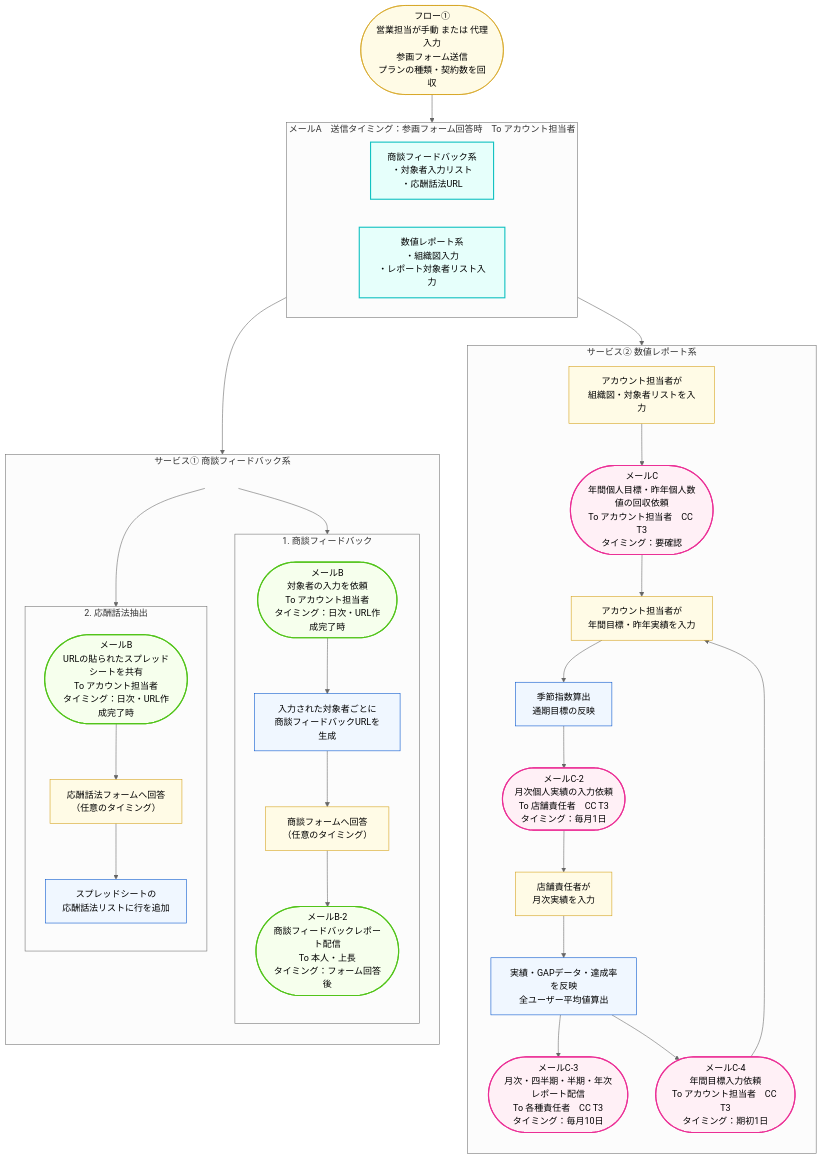
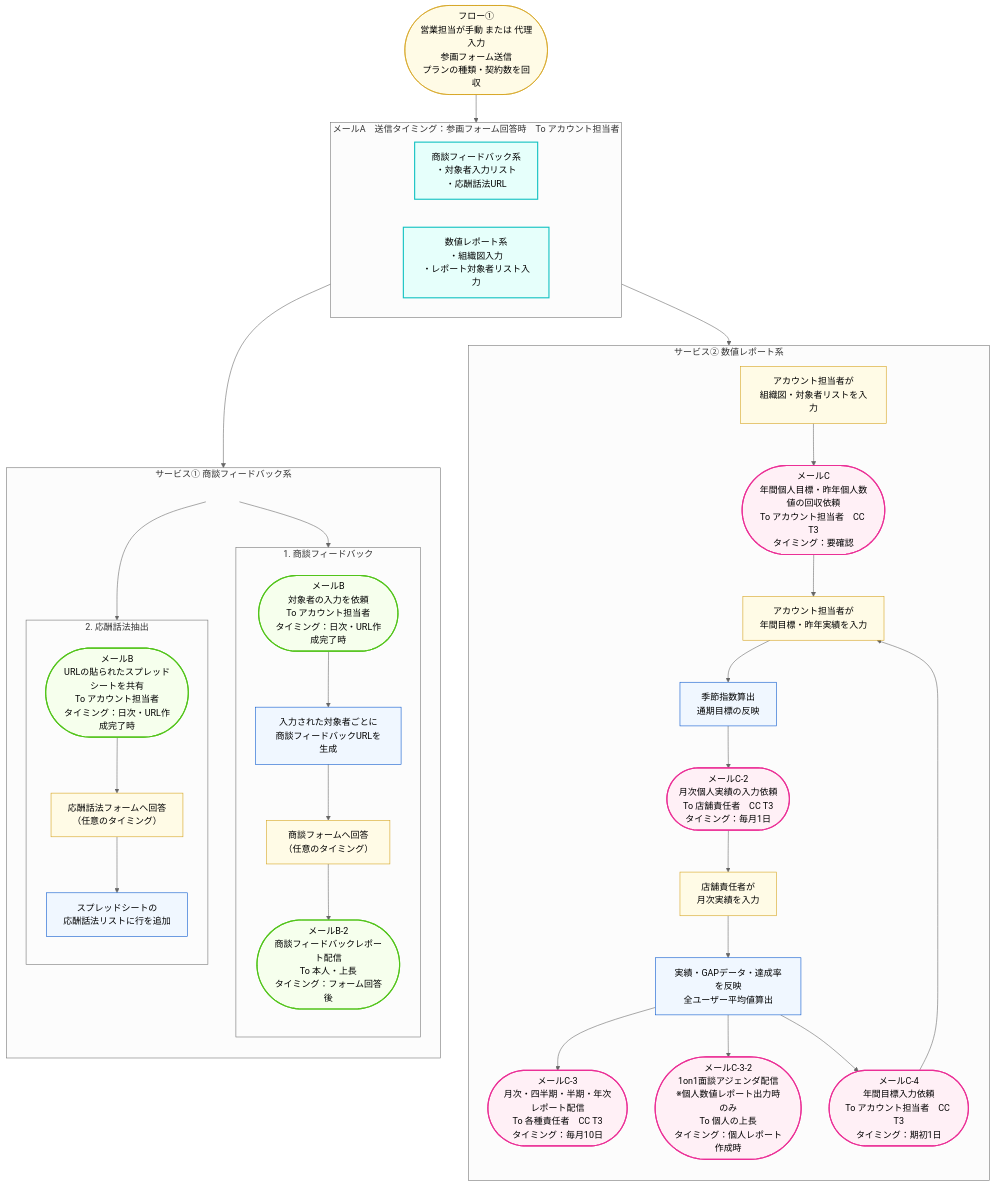
One commit to sodaitanaka/infrastructure changed the diagram in autosales_setting_flow.md. Above: the diagram before and after it, drawn with Mermaid (neutral theme). The commit also changed other lines of this file, not shown here.

````diff
--- a/autosales_setting_flow.md
+++ b/autosales_setting_flow.md
@@ -3,75 +3,77 @@
 ```mermaid
 flowchart TD
     classDef userTask fill:#fffbe6,stroke:#d4a017,stroke-width:1px;
     classDef systemTask fill:#f0f7ff,stroke:#0052cc,stroke-width:1px;
     classDef mailA fill:#e6fffb,stroke:#13c2c2,stroke-width:2px;
     classDef mailB fill:#f6ffed,stroke:#52c41a,stroke-width:2px;
     classDef mailC fill:#fff0f6,stroke:#eb2f96,stroke-width:2px;
 
     %% ===== フロー① 起点 =====
     F1(["フロー①\n営業担当が手動 または 代理入力\n参画フォーム送信\nプランの種類・契約数を回収"]):::userTask
 
     F1 --> MA
 
     %% ===== メールA =====
     subgraph MA["メールA　送信タイミング：参画フォーム回答時　To アカウント担当者"]
         direction LR
         MA1["商談フィードバック系\n・対象者入力リスト\n・応酬話法URL"]:::mailA
         MA2["数値レポート系\n・組織図入力\n・レポート対象者リスト入力"]:::mailA
     end
 
     MA --> SYS1 & SYS2
 
     %% ===== 商談フィードバック系 =====
     subgraph SYS1["サービス① 商談フィードバック系"]
         direction TB
 
         SYS1_START[ ]
         SYS1_START --> B1_1 & B2_1
 
         subgraph B1["1. 商談フィードバック"]
             direction TB
             B1_1(["メールB\n対象者の入力を依頼\nTo アカウント担当者\nタイミング：日次・URL作成完了時"]):::mailB
             B1_1 --> B1_2[入力された対象者ごとに\n商談フィードバックURLを生成]:::systemTask
             B1_2 --> B1_3["商談フォームへ回答\n（任意のタイミング）"]:::userTask
             B1_3 --> B1_4(["メールB-2\n商談フィードバックレポート配信\nTo 本人・上長\nタイミング：フォーム回答後"]):::mailB
         end
 
         subgraph B2["2. 応酬話法抽出"]
             direction TB
             B2_1(["メールB\nURLの貼られたスプレッドシートを共有\nTo アカウント担当者\nタイミング：日次・URL作成完了時"]):::mailB
             B2_1 --> B2_2["応酬話法フォームへ回答\n（任意のタイミング）"]:::userTask
             B2_2 --> B2_3[スプレッドシートの\n応酬話法リストに行を追加]:::systemTask
         end
     end
 
     style SYS1_START fill:none,stroke:none
 
     %% ===== 数値レポート系 =====
     subgraph SYS2["サービス② 数値レポート系"]
         direction TB
         H1[アカウント担当者が\n組織図・対象者リストを入力]:::userTask
         H1 --> MC
 
         MC(["メールC\n年間個人目標・昨年個人数値の回収依頼\nTo アカウント担当者　CC T3\nタイミング：要確認"]):::mailC
 
         MC --> H2[アカウント担当者が\n年間目標・昨年実績を入力]:::userTask
         H2 --> H3[季節指数算出\n通期目標の反映]:::systemTask
 
         H3 --> MC2
 
         MC2(["メールC-2\n月次個人実績の入力依頼\nTo 店舗責任者　CC T3\nタイミング：毎月1日"]):::mailC
 
         MC2 --> H4[店舗責任者が\n月次実績を入力]:::userTask
         H4 --> H5[実績・GAPデータ・達成率を反映\n全ユーザー平均値算出]:::systemTask
-        H5 --> MC3
+        H5 --> MC3 & MC32
 
         MC3(["メールC-3\n月次・四半期・半期・年次レポート配信\nTo 各種責任者　CC T3\nタイミング：毎月10日"]):::mailC
+
+        MC32(["メールC-3-2\n1on1面談アジェンダ配信\n※個人数値レポート出力時のみ\nTo 個人の上長\nタイミング：個人レポート作成時"]):::mailC
 
         H5 --> MC4
 
         MC4(["メールC-4\n年間目標入力依頼\nTo アカウント担当者　CC T3\nタイミング：期初1日"]):::mailC
 
         MC4 --> H2
     end
 ```
````
